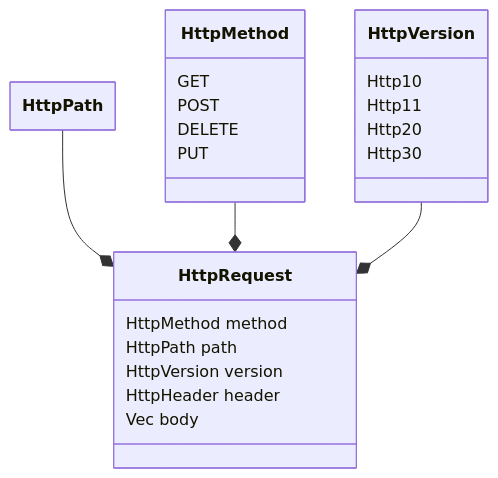
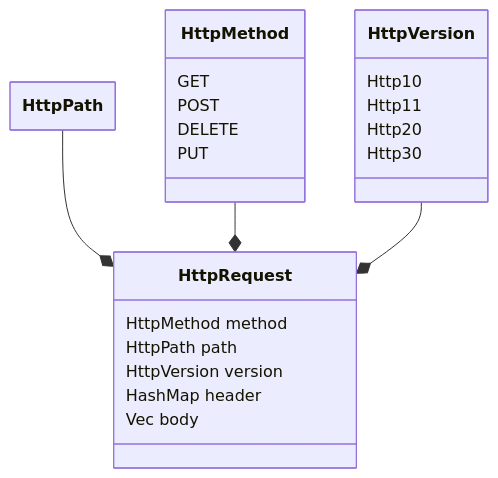
Before and after one commit to tam1192/tam1192: the diagram in src/coding-nikki/httpであそぼう/1/Readme.md, drawn with Mermaid. The commit also changed other lines of this file, not shown here.

````diff
--- a/src/coding-nikki/httpであそぼう/1/Readme.md
+++ b/src/coding-nikki/httpであそぼう/1/Readme.md
@@ -212,34 +212,34 @@
 ```mermaid
 ---
 config:
   class:
     hideEmptyMembersBox: true
 ---
 classDiagram
 direction TB
     class HttpRequest {
 	    HttpMethod method
 	    HttpPath path
 	    HttpVersion version
-	    HttpHeader header
+	    HashMap header
 	    Vec body
     }
     class HttpPath {
     }
     class HttpMethod {
 	    GET
 	    POST
 	    DELETE
 	    PUT
     }
     class HttpVersion {
 	    Http10
 	    Http11
 	    Http20
 	    Http30
     }
 
     HttpPath --* HttpRequest
     HttpMethod --* HttpRequest
     HttpVersion --* HttpRequest
 ```
````
